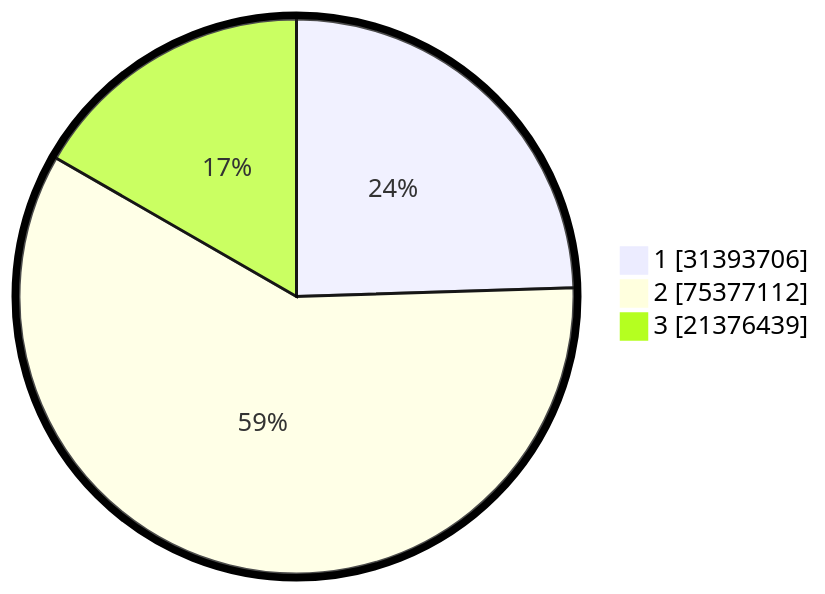
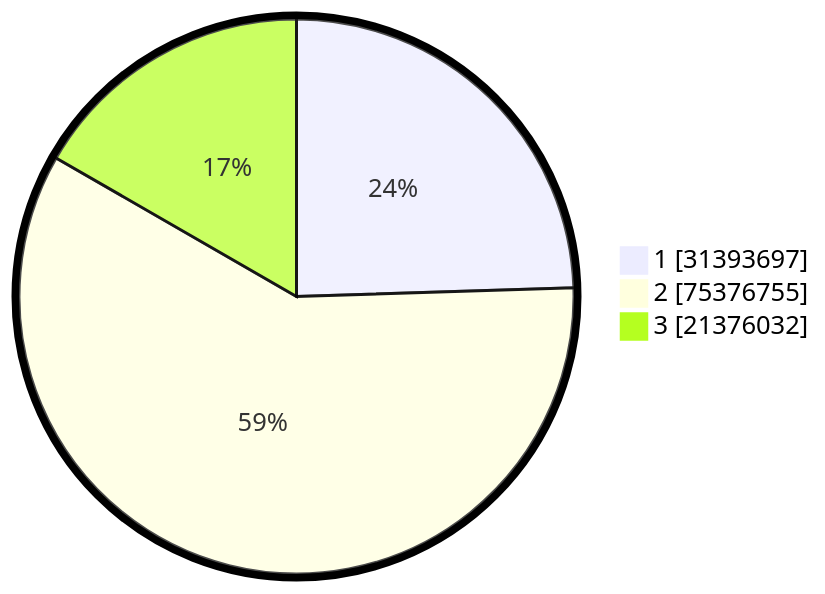
Before and after one commit to gigit-pemilu/pemilu-2024: the second of 2 diagrams in pilpres/hitung-suara/README.md, drawn with Mermaid. The commit also changed other lines of this file and 12 other files, not shown here.

````diff
--- a/pilpres/hitung-suara/README.md
+++ b/pilpres/hitung-suara/README.md
@@ -93,7 +93,7 @@
 ```mermaid
 %%{init: {"pie": {"textPosition": 0.5}, "themeVariables": {"pieOuterStrokeWidth": "5px"}} }%%
 pie showData
-    "1" : 31393706
-    "2" : 75377112
-    "3" : 21376439
+    "1" : 31393697
+    "2" : 75376755
+    "3" : 21376032
 ```
````
